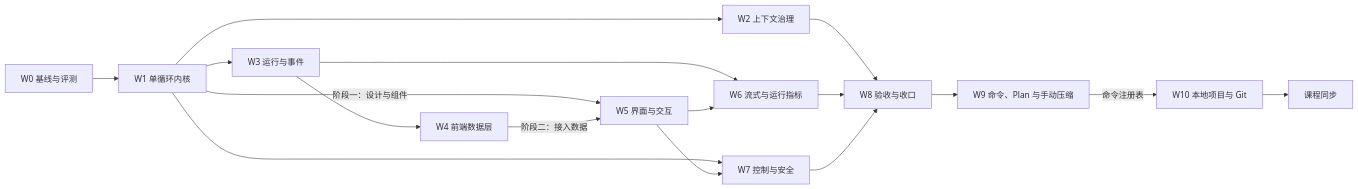
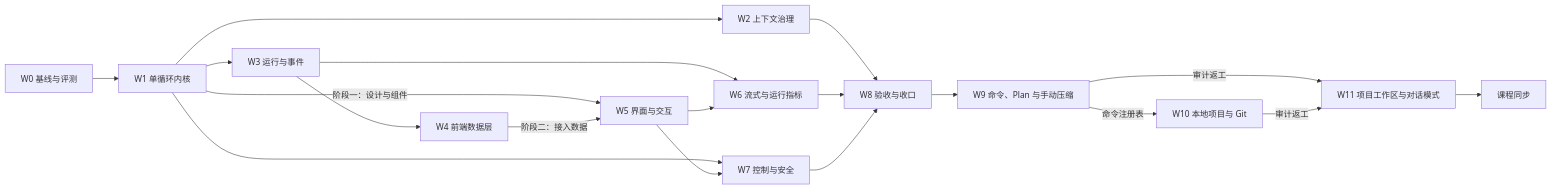
One commit to xinqingaa/ray_agent changed the diagram in docs/plan/README.md. Above: the diagram before and after it, drawn with Mermaid. The commit also changed other lines of this file and 11 other files, not shown here.

````diff
--- a/docs/plan/README.md
+++ b/docs/plan/README.md
@@ -72,19 +101,21 @@
 ```mermaid
 flowchart LR
   W0[W0 基线与评测] --> W1[W1 单循环内核]
   W1 --> W2[W2 上下文治理]
   W1 --> W3[W3 运行与事件]
   W3 --> W4[W4 前端数据层]
   W1 -- 阶段一：设计与组件 --> W5[W5 界面与交互]
   W4 -- 阶段二：接入数据 --> W5
   W3 --> W6[W6 流式与运行指标]
   W5 --> W6
   W1 --> W7[W7 控制与安全]
   W5 --> W7
   W2 --> W8[W8 验收与收口]
   W6 --> W8
   W7 --> W8
   W8 --> W9[W9 命令、Plan 与手动压缩]
   W9 -- 命令注册表 --> W10[W10 本地项目与 Git]
-  W10 --> L[课程同步]
+  W9 -- 审计返工 --> W11[W11 项目工作区与对话模式]
+  W10 -- 审计返工 --> W11
+  W11 --> L[课程同步]
 ```
````
